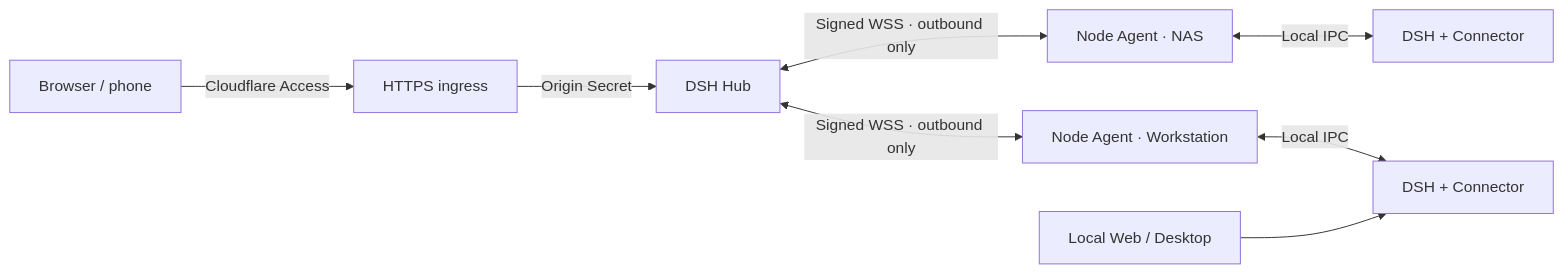
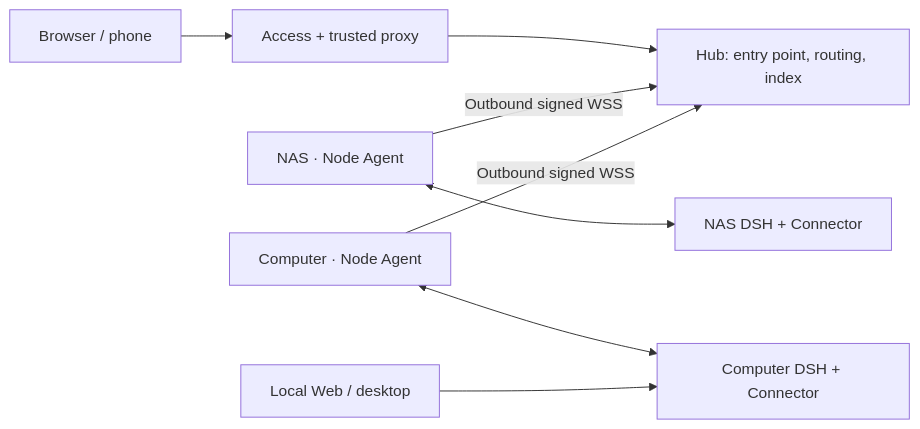
Before and after one commit to k1412/dsh-hub: the diagram in README.en.md, drawn with Mermaid. The commit also changed other lines of this file and 13 other files, not shown here.

````diff
--- a/README.en.md
+++ b/README.en.md
@@ -69,10 +127,10 @@
 ```mermaid
 flowchart LR
-  Browser["Browser / phone"] -->|"Cloudflare Access"| Proxy["HTTPS ingress"]
-  Proxy -->|"Origin Secret"| Hub["DSH Hub"]
-  Hub <-->|"Signed WSS · outbound only"| AgentA["Node Agent · NAS"]
-  Hub <-->|"Signed WSS · outbound only"| AgentB["Node Agent · Workstation"]
-  AgentA <-->|"Local IPC"| RuntimeA["DSH + Connector"]
-  AgentB <-->|"Local IPC"| RuntimeB["DSH + Connector"]
-  Local["Local Web / Desktop"] --> RuntimeB
+  Browser["Browser / phone"] --> Access["Access + trusted proxy"]
+  Access --> Hub["Hub: entry point, routing, index"]
+  AgentA["NAS · Node Agent"] -->|"Outbound signed WSS"| Hub
+  AgentB["Computer · Node Agent"] -->|"Outbound signed WSS"| Hub
+  AgentA <--> RuntimeA["NAS DSH + Connector"]
+  AgentB <--> RuntimeB["Computer DSH + Connector"]
+  Local["Local Web / desktop"] --> RuntimeB
 ```
````
